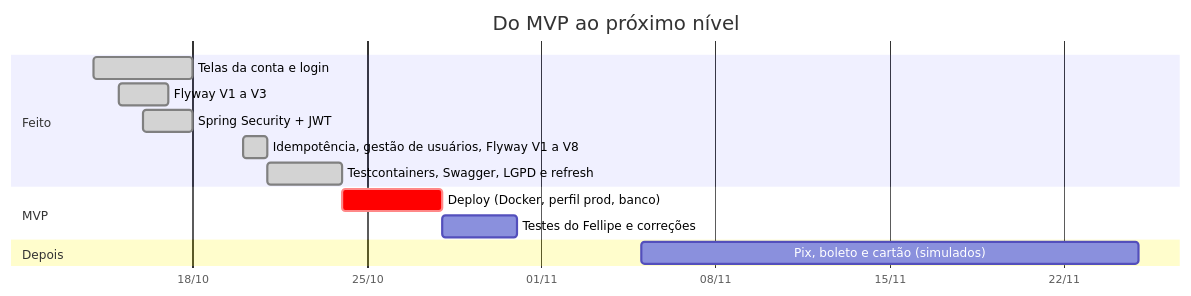
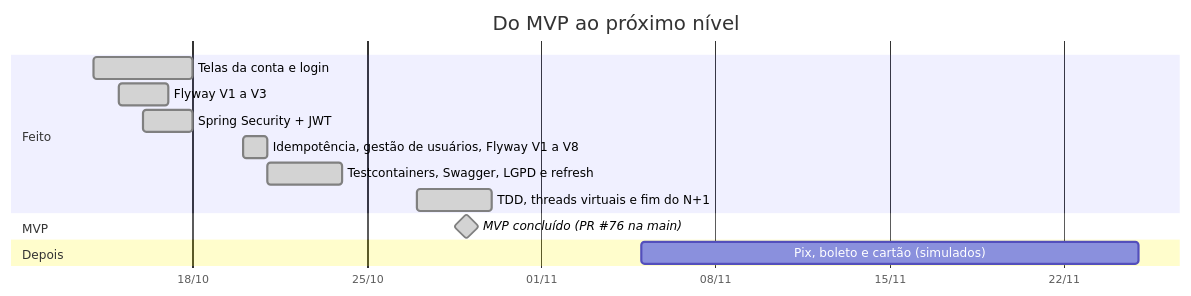
One commit to k3vinrich4rd/rkf_bank changed diagram 16 of 17 in README.md. Above: the diagram before and after it, drawn with Mermaid. The commit also changed other lines of this file and 7 other files, not shown here.

First line of the commit message:
docs: MVP concluido e sem fase de deploy (projeto de portfolio)

````diff
--- a/README.md
+++ b/README.md
@@ -1742,17 +1742,17 @@
 ```mermaid
 gantt
     title Do MVP ao próximo nível
     dateFormat YYYY-MM-DD
     axisFormat %d/%m
     section Feito
     Telas da conta e login               :done,   f0, 2026-10-14, 4d
     Flyway V1 a V3                       :done,   f1, 2026-10-15, 2d
     Spring Security + JWT                :done,   f2, 2026-10-16, 2d
     Idempotência, gestão de usuários, Flyway V1 a V8 :done, f3, 2026-10-20, 1d
     Testcontainers, Swagger, LGPD e refresh :done, f4, 2026-10-21, 3d
+    TDD, threads virtuais e fim do N+1   :done,   f5, 2026-10-27, 3d
     section MVP
-    Deploy (Docker, perfil prod, banco)  :crit,   m4, 2026-10-24, 4d
-    Testes do Fellipe e correções         :        m3, after m4, 3d
+    MVP concluído (PR #76 na main)       :milestone, done, m4, 2026-10-29, 0d
     section Depois
     Pix, boleto e cartão (simulados)     :        p3, 2026-11-05, 20d
 ```
````
